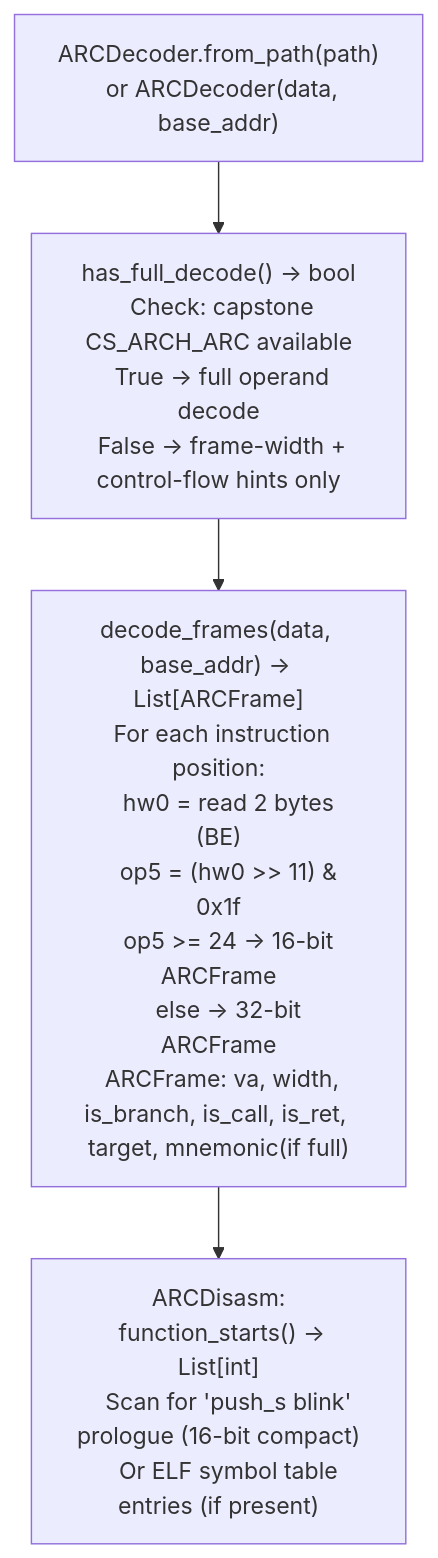
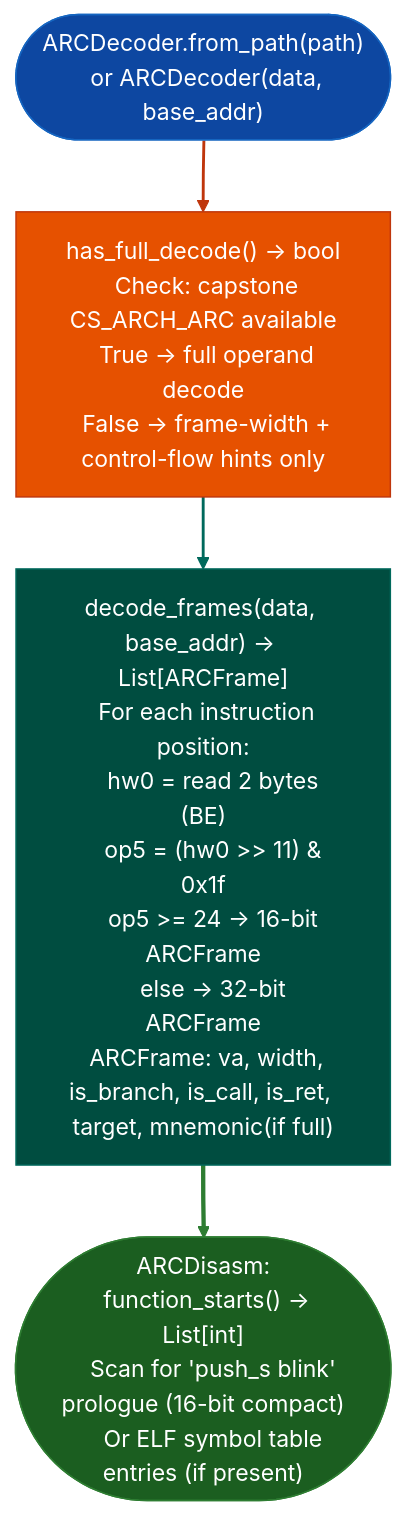
One commit to Ablation-Tool/ablation changed the diagram in docs/reference-modules/huawei-modified-squashfs.md. Above: the diagram before and after it, drawn with Mermaid. The commit also changed 320 other files, not shown here.

First line of the commit message:
docs: apply canonical Mermaid template to all 321 diagrams

````diff
--- a/docs/reference-modules/huawei-modified-squashfs.md
+++ b/docs/reference-modules/huawei-modified-squashfs.md
@@ -19,6 +19,15 @@
 ```mermaid
 flowchart TD
-    A["ARCDecoder.from_path(path)\n  or ARCDecoder(data, base_addr)"] --> B["has_full_decode() → bool\n  Check: capstone CS_ARCH_ARC available\n  True → full operand decode\n  False → frame-width + control-flow hints only"]
-    B --> C["decode_frames(data, base_addr) → List[ARCFrame]\n  For each instruction position:\n    hw0 = read 2 bytes (BE)\n    op5 = (hw0 >> 11) & 0x1f\n    op5 >= 24 → 16-bit ARCFrame\n    else → 32-bit ARCFrame\n  ARCFrame: va, width, is_branch, is_call, is_ret, target, mnemonic(if full)"]
-    C --> D["ARCDisasm:\n  function_starts() → List[int]\n    Scan for 'push_s blink' prologue (16-bit compact)\n    Or ELF symbol table entries (if present)"]
+    A(["ARCDecoder.from_path(path)\n  or ARCDecoder(data, base_addr)"]):::input --> B["has_full_decode() → bool\n  Check: capstone CS_ARCH_ARC available\n  True → full operand decode\n  False → frame-width + control-flow hints only"]:::primary
+    B:::primary --> C["decode_frames(data, base_addr) → List[ARCFrame]\n  For each instruction position:\n    hw0 = read 2 bytes (BE)\n    op5 = (hw0 >> 11) & 0x1f\n    op5 >= 24 → 16-bit ARCFrame\n    else → 32-bit ARCFrame\n  ARCFrame: va, width, is_branch, is_call, is_ret, target, mnemonic(if full)"]:::secondary
+    C:::secondary --> D(["ARCDisasm:\n  function_starts() → List[int]\n    Scan for 'push_s blink' prologue (16-bit compact)\n    Or ELF symbol table entries (if present)"]):::output
+    classDef input     fill:#0d47a1,stroke:#1565c0,color:#fff
+    classDef primary   fill:#e65100,stroke:#bf360c,color:#fff
+    classDef secondary fill:#004d40,stroke:#00695c,color:#fff
+    classDef tertiary  fill:#4a148c,stroke:#6a1b9a,color:#fff
+    classDef neutral   fill:#37474f,stroke:#546e7a,color:#fff
+    classDef output    fill:#1b5e20,stroke:#2e7d32,color:#fff
+    linkStyle 0 stroke:#bf360c,stroke-width:2px
+    linkStyle 1 stroke:#00695c,stroke-width:2px
+    linkStyle 2 stroke:#2e7d32,stroke-width:3px
 ```
````
